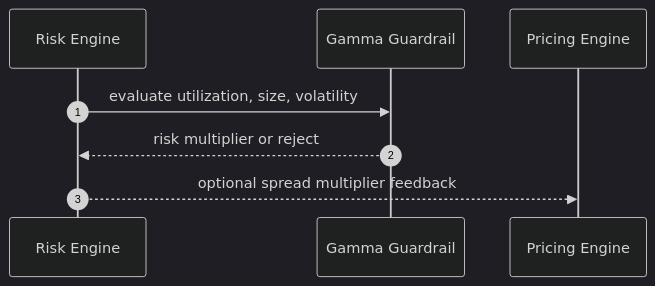
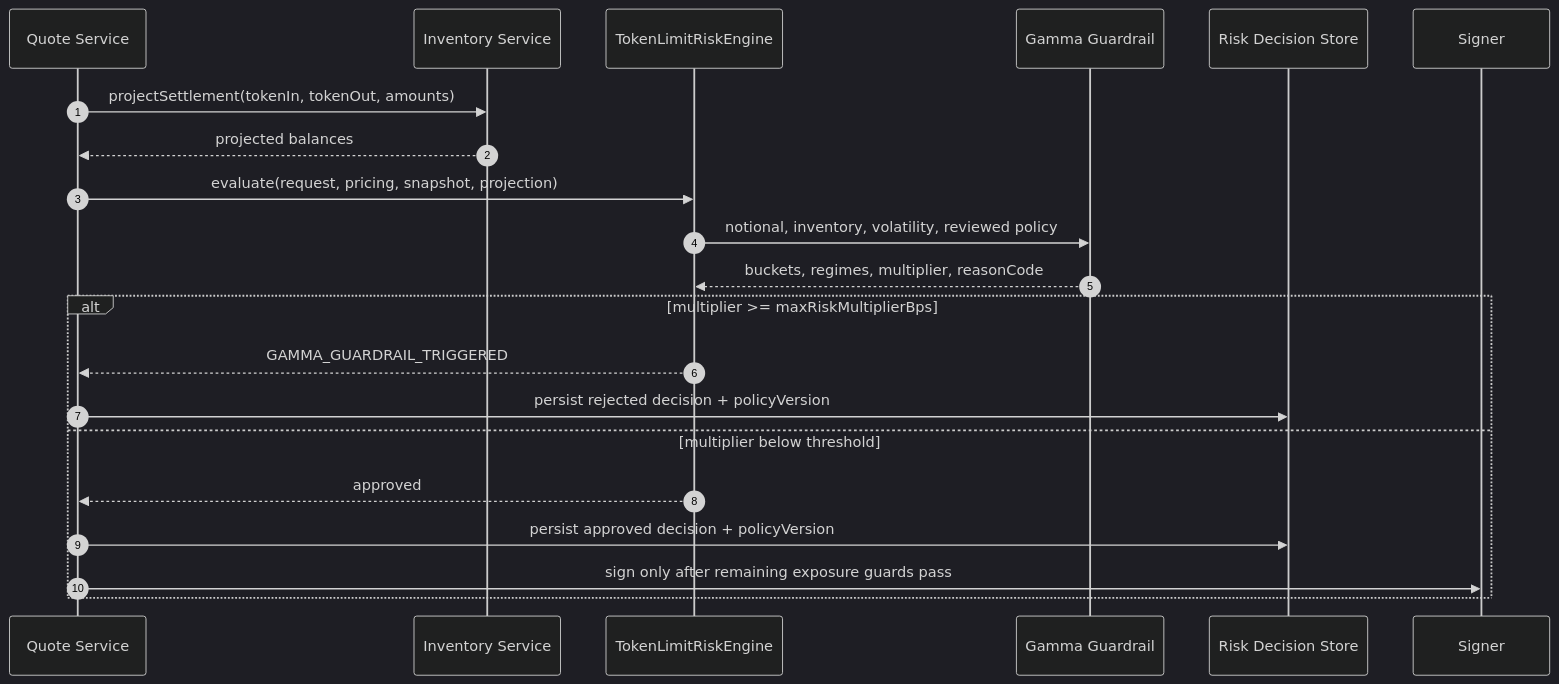
Before and after one commit to alvis-ai/production-grade-web3-rfq-market-maker: the second of 3 diagrams in book/Volume3-RiskEngine/Chapter03-Gamma.md, drawn with Mermaid (dark theme). The commit also changed other lines of this file and 29 other files, not shown here.

Commit message:
feat: enforce nonlinear risk guardrail

````diff
--- a/book/Volume3-RiskEngine/Chapter03-Gamma.md
+++ b/book/Volume3-RiskEngine/Chapter03-Gamma.md
@@ -69,11 +103,24 @@
 ```mermaid
 sequenceDiagram
   autonumber
-  participant R as Risk Engine
+  participant Q as Quote Service
+  participant I as Inventory Service
+  participant R as TokenLimitRiskEngine
   participant G as Gamma Guardrail
-  participant P as Pricing Engine
+  participant D as Risk Decision Store
+  participant S as Signer
 
-  R->>G: evaluate utilization, size, volatility
-  G-->>R: risk multiplier or reject
-  R-->>P: optional spread multiplier feedback
+  Q->>I: projectSettlement(tokenIn, tokenOut, amounts)
+  I-->>Q: projected balances
+  Q->>R: evaluate(request, pricing, snapshot, projection)
+  R->>G: notional, inventory, volatility, reviewed policy
+  G-->>R: buckets, regimes, multiplier, reasonCode
+  alt multiplier >= maxRiskMultiplierBps
+    R-->>Q: GAMMA_GUARDRAIL_TRIGGERED
+    Q->>D: persist rejected decision + policyVersion
+  else multiplier below threshold
+    R-->>Q: approved
+    Q->>D: persist approved decision + policyVersion
+    Q->>S: sign only after remaining exposure guards pass
+  end
 ```
````
